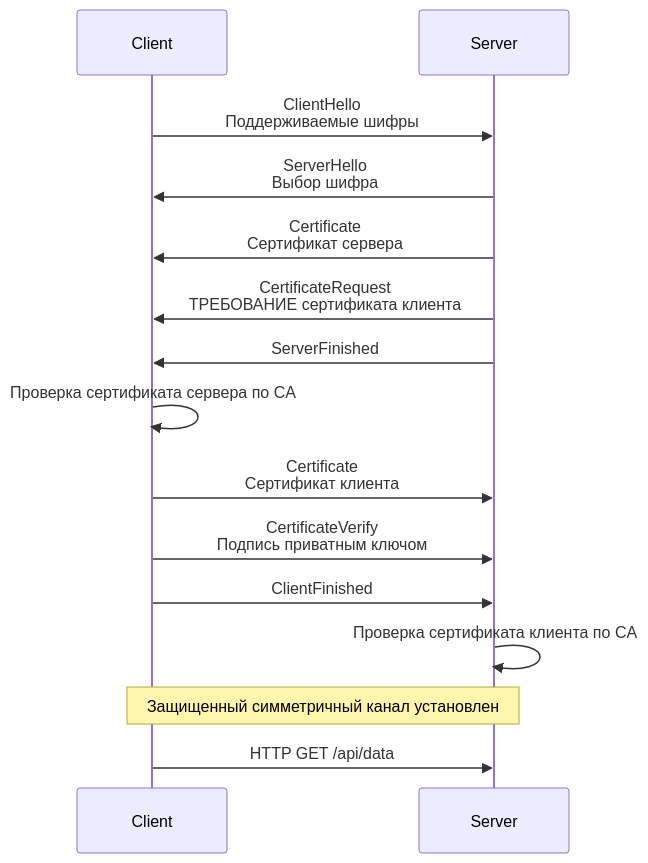
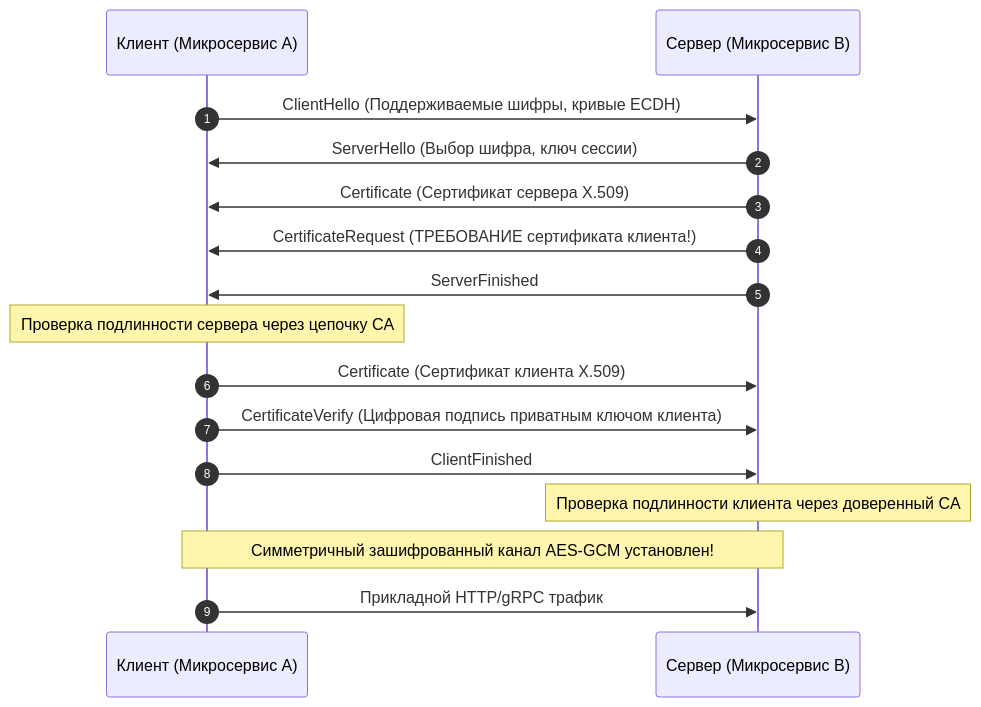
Before and after one commit to UnrealTemplier/go-textbook: the second of 3 diagrams in sources/14. Распределенные системы на Go/06. Сеть/3. mTLS.md, drawn with Mermaid. The commit also changed other lines of this file, not shown here.

````diff
--- a/sources/14. Распределенные системы на Go/06. Сеть/3. mTLS.md
+++ b/sources/14. Распределенные системы на Go/06. Сеть/3. mTLS.md
@@ -19,22 +35,23 @@
 ```mermaid
 sequenceDiagram
-    participant C as Client
-    participant S as Server
+    autonumber
+    participant Client as Клиент (Микросервис A)
+    participant Server as Сервер (Микросервис B)
     
-    C->>S: ClientHello <br> Поддерживаемые шифры
-    S->>C: ServerHello <br> Выбор шифра
-    S->>C: Certificate <br> Сертификат сервера
-    S->>C: CertificateRequest <br> ТРЕБОВАНИЕ сертификата клиента
-    S->>C: ServerFinished
+    Client->>Server: ClientHello (Поддерживаемые шифры, кривые ECDH)
+    Server->>Client: ServerHello (Выбор шифра, ключ сессии)
+    Server->>Client: Certificate (Сертификат сервера X.509)
+    Server->>Client: CertificateRequest (ТРЕБОВАНИЕ сертификата клиента!)
+    Server->>Client: ServerFinished
     
-    C->>C: Проверка сертификата сервера по CA
+    Note over Client: Проверка подлинности сервера через цепочку CA
     
-    C->>S: Certificate <br> Сертификат клиента
-    C->>S: CertificateVerify <br> Подпись приватным ключом
-    C->>S: ClientFinished
+    Client->>Server: Certificate (Сертификат клиента X.509)
+    Client->>Server: CertificateVerify (Цифровая подпись приватным ключом клиента)
+    Client->>Server: ClientFinished
     
-    S->>S: Проверка сертификата клиента по CA
+    Note over Server: Проверка подлинности клиента через доверенный CA
     
-    Note over C,S: Защищенный симметричный канал установлен
-    C->>S: HTTP GET /api/data
+    Note over Client,Server: Симметричный зашифрованный канал AES-GCM установлен!
+    Client->>Server: Прикладной HTTP/gRPC трафик
 ```
````
